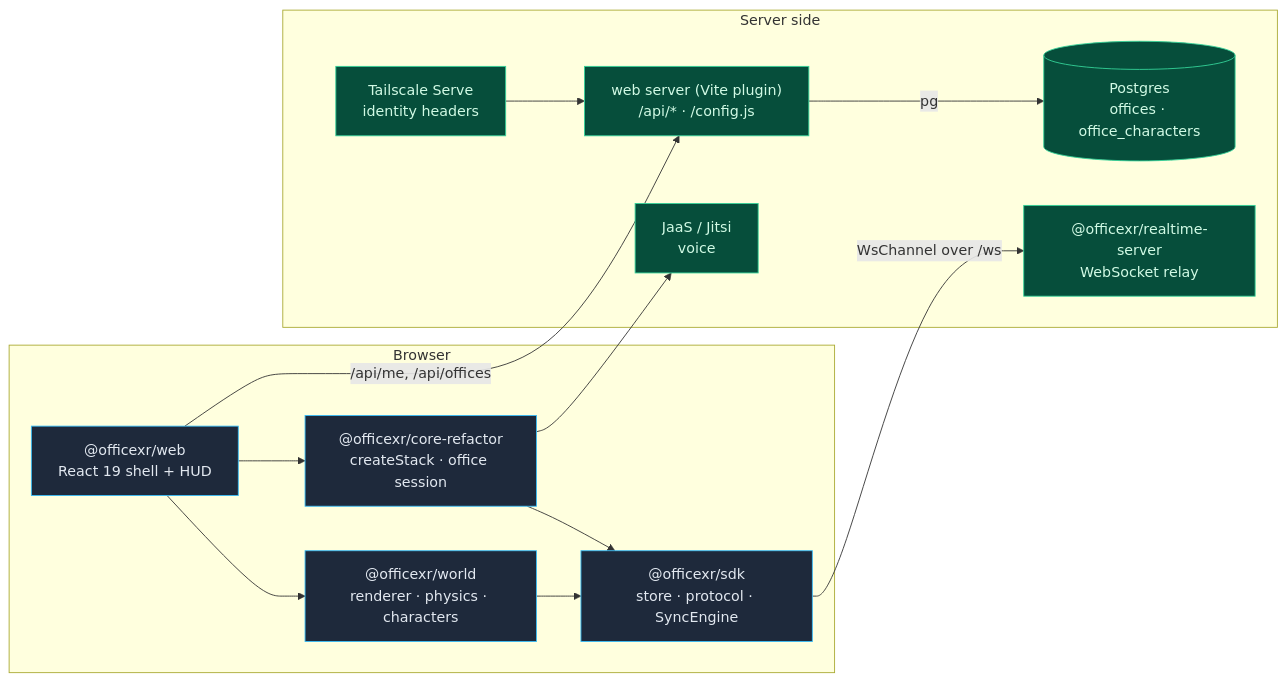
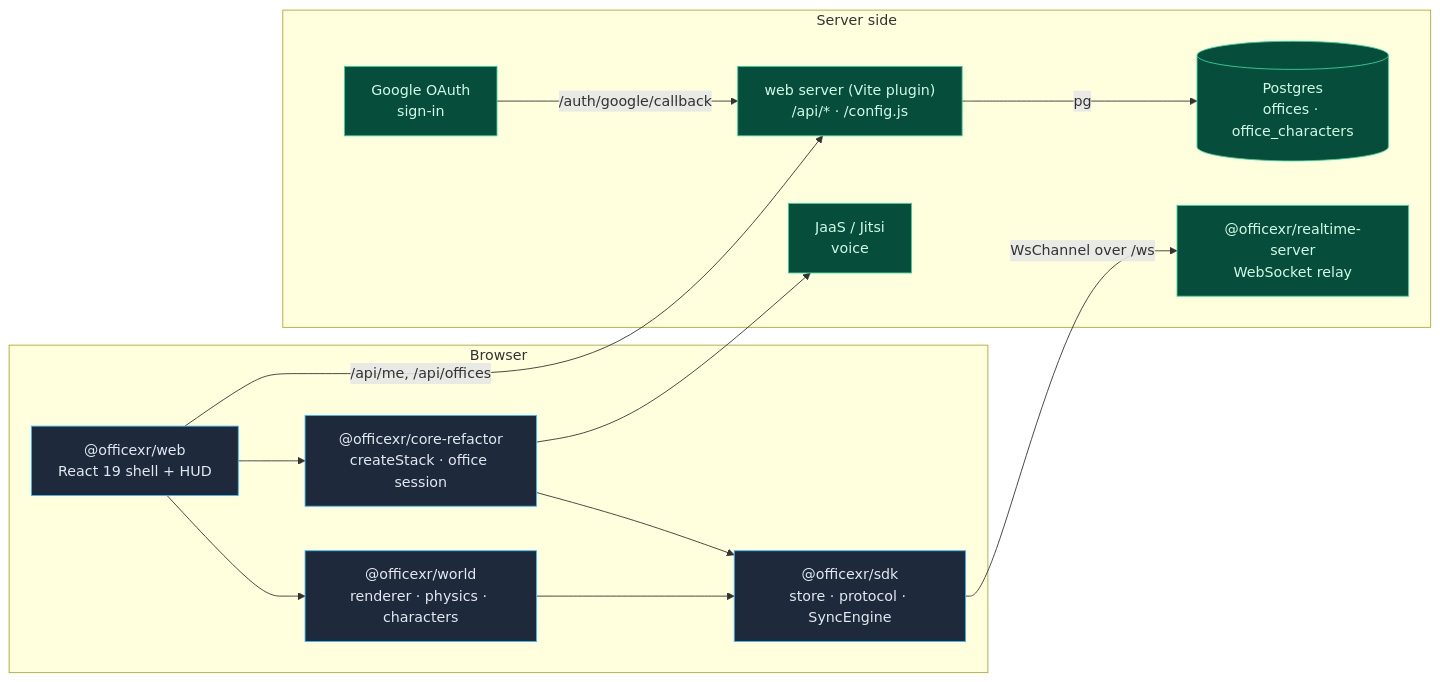
One commit to ryscheng/officexr changed the first of 2 diagrams in ARCHITECTURE.md. Above: the diagram before and after it, drawn with Mermaid. The commit also changed other lines of this file and 8 other files, not shown here.

First line of the commit message:
Add a Google sign-in screen and sign-out to the web app (#136)

````diff
--- a/ARCHITECTURE.md
+++ b/ARCHITECTURE.md
@@ -15,33 +15,33 @@
 ```mermaid
 flowchart LR
     subgraph Browser["Browser"]
         WebApp["@officexr/web<br/>React 19 shell + HUD"]
         World["@officexr/world<br/>renderer · physics · characters"]
         Session["@officexr/core-refactor<br/>createStack · office session"]
         SDK["@officexr/sdk<br/>store · protocol · SyncEngine"]
     end
 
     subgraph Server["Server side"]
-        Tailscale["Tailscale Serve<br/>identity headers"]
+        Google["Google OAuth<br/>sign-in"]
         WebServer["web server (Vite plugin)<br/>/api/* · /config.js"]
         Realtime["@officexr/realtime-server<br/>WebSocket relay"]
         PG[("Postgres<br/>offices · office_characters")]
         JaaS["JaaS / Jitsi<br/>voice"]
     end
 
     WebApp --> World
     WebApp --> Session
     Session --> SDK
     World --> SDK
 
-    Tailscale --> WebServer
+    Google -- "/auth/google/callback" --> WebServer
     WebApp -- "/api/me, /api/offices" --> WebServer
     WebServer -- "pg" --> PG
     SDK -- "WsChannel over /ws" --> Realtime
     Session --> JaaS
 
     classDef client fill:#1e293b,stroke:#38bdf8,color:#e2e8f0
     classDef svc fill:#064e3b,stroke:#34d399,color:#d1fae5
     class WebApp,World,Session,SDK client
-    class Tailscale,WebServer,Realtime,PG,JaaS svc
+    class Google,WebServer,Realtime,PG,JaaS svc
 ```
````
